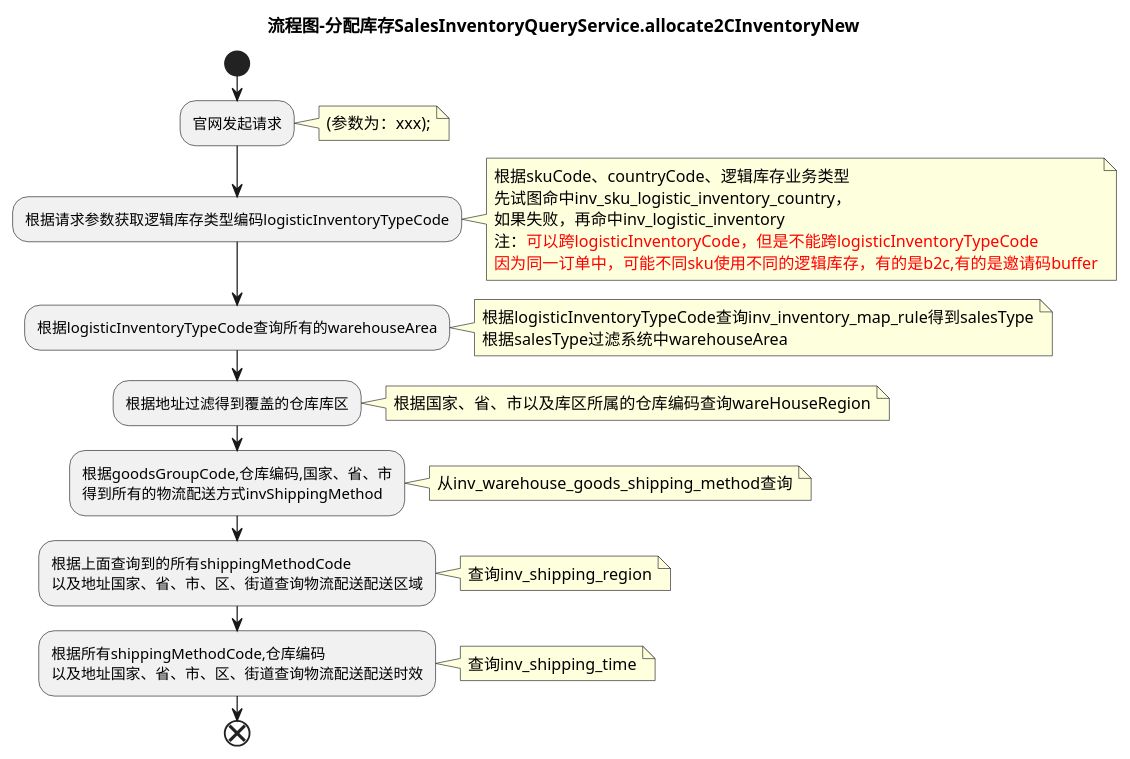
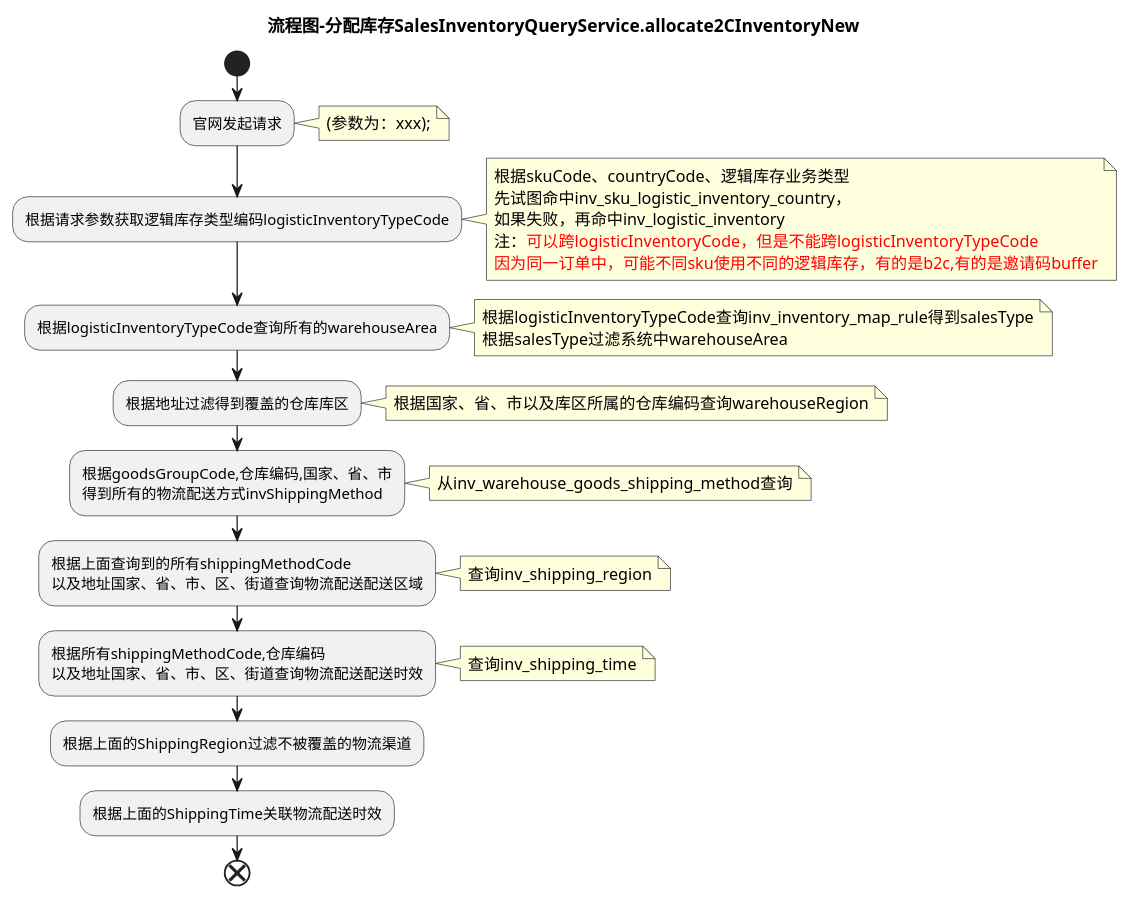
The diagram in uml/inventory/allocateInventory.puml (newbigTech/myDesignPattern), drawn with PlantUML before and after one commit. The commit also changed 2 other files, not shown here.

Commit message:
uml commit

```diff
--- a/uml/inventory/allocateInventory.puml
+++ b/uml/inventory/allocateInventory.puml
@@ -1,48 +1,51 @@
 @startuml
 title 流程图-分配库存SalesInventoryQueryService.allocate2CInventoryNew
 start
 :官网发起请求;
 note right
 (参数为：xxx);
 end note
 
 :根据请求参数获取逻辑库存类型编码logisticInventoryTypeCode;
 note right
 根据skuCode、countryCode、逻辑库存业务类型
 先试图命中inv_sku_logistic_inventory_country，
 如果失败，再命中inv_logistic_inventory
 注：<font color=red>可以跨logisticInventoryCode，但是不能跨logisticInventoryTypeCode
 <font color=red>因为同一订单中，可能不同sku使用不同的逻辑库存，有的是b2c,有的是邀请码buffer</font>
 end note
 
 :根据logisticInventoryTypeCode查询所有的warehouseArea;
 note right
 根据logisticInventoryTypeCode查询inv_inventory_map_rule得到salesType
 根据salesType过滤系统中warehouseArea
 end note
 
 :根据地址过滤得到覆盖的仓库库区;
 note right
-根据国家、省、市以及库区所属的仓库编码查询wareHouseRegion
+根据国家、省、市以及库区所属的仓库编码查询warehouseRegion
 end note
 
 :根据goodsGroupCode,仓库编码,国家、省、市
 得到所有的物流配送方式invShippingMethod;
 note right
 从inv_warehouse_goods_shipping_method查询
 end note
 
 :根据上面查询到的所有shippingMethodCode
 以及地址国家、省、市、区、街道查询物流配送配送区域;
 note right
 查询inv_shipping_region
 end note
 
 :根据所有shippingMethodCode,仓库编码
 以及地址国家、省、市、区、街道查询物流配送配送时效;
 note right
 查询inv_shipping_time
 end note
 
+:根据上面的ShippingRegion过滤不被覆盖的物流渠道;
+:根据上面的ShippingTime关联物流配送时效;
+
 end
 @enduml
```
